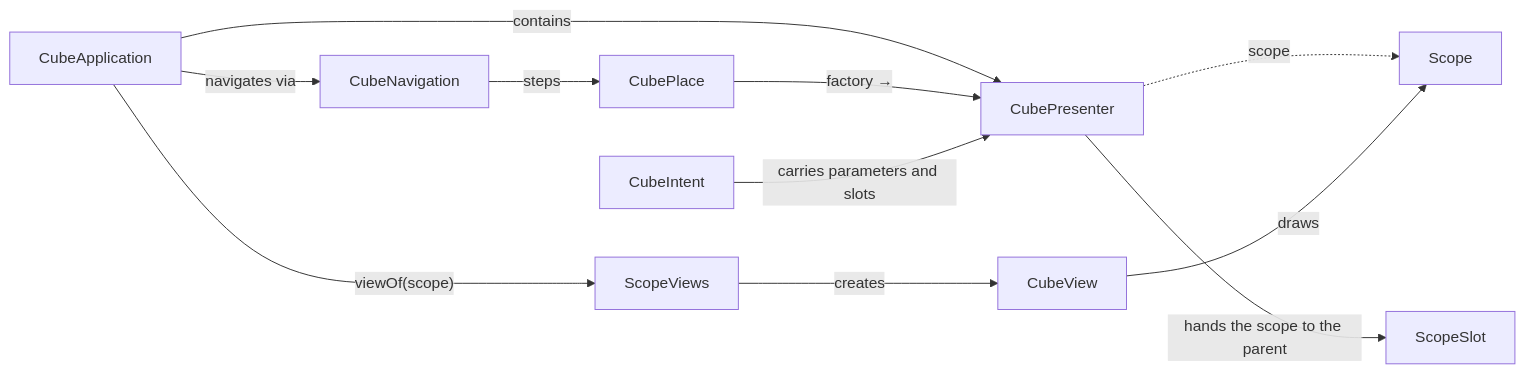
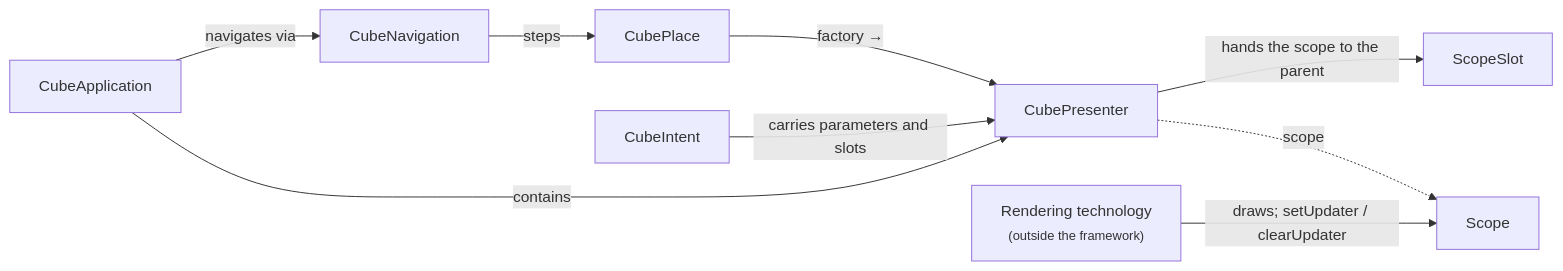
The diagram in fontes/br.com.wdc.framework/br.com.wdc.framework.cube/README.md (mrcdom/wdc-cube-java-v2), drawn with Mermaid before and after one commit. The commit also changed other lines of this file and 67 other files, not shown here.

First line of the commit message:
♻️ [REFACTOR] the cube knows only scopes; each rendering technology releases its views

````diff
--- a/fontes/br.com.wdc.framework/br.com.wdc.framework.cube/README.md
+++ b/fontes/br.com.wdc.framework/br.com.wdc.framework.cube/README.md
@@ -9,23 +9,20 @@
 ```mermaid
 graph LR
     App["CubeApplication"]
     Nav["CubeNavigation"]
     Place["CubePlace"]
     Intent["CubeIntent"]
     Pres["CubePresenter"]
-    View["CubeView"]
     Slot["ScopeSlot"]
     Scope["Scope"]
-    Views["ScopeViews"]
+    Tech["Rendering technology<br/><small>(outside the framework)</small>"]
 
     App -->|"contains"| Pres
     App -->|"navigates via"| Nav
     Nav -->|"steps"| Place
     Place -->|"factory →"| Pres
     Pres -.->|"scope"| Scope
     Pres -->|"hands the scope to the parent"| Slot
     Intent -->|"carries parameters and slots"| Pres
-    App -->|"viewOf(scope)"| Views
-    Views -->|"creates"| View
-    View -->|"draws"| Scope
+    Tech -->|"draws; setUpdater / clearUpdater"| Scope
 ```
````
